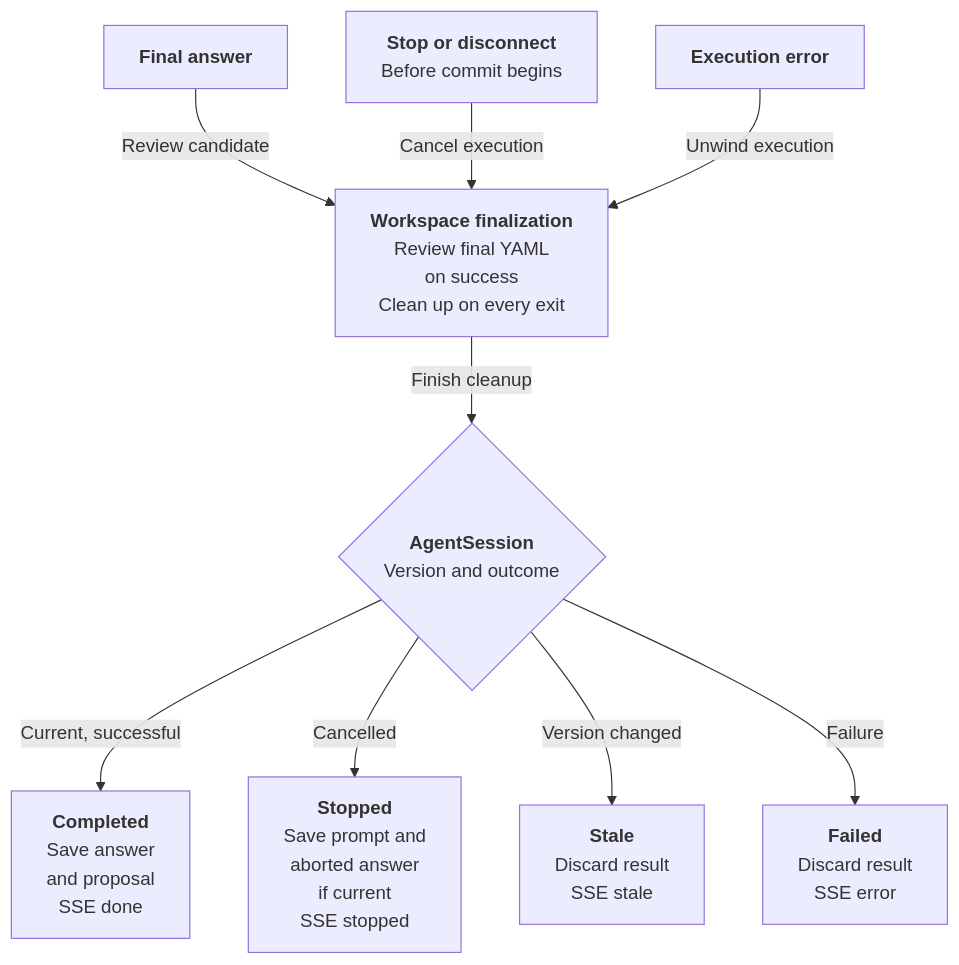
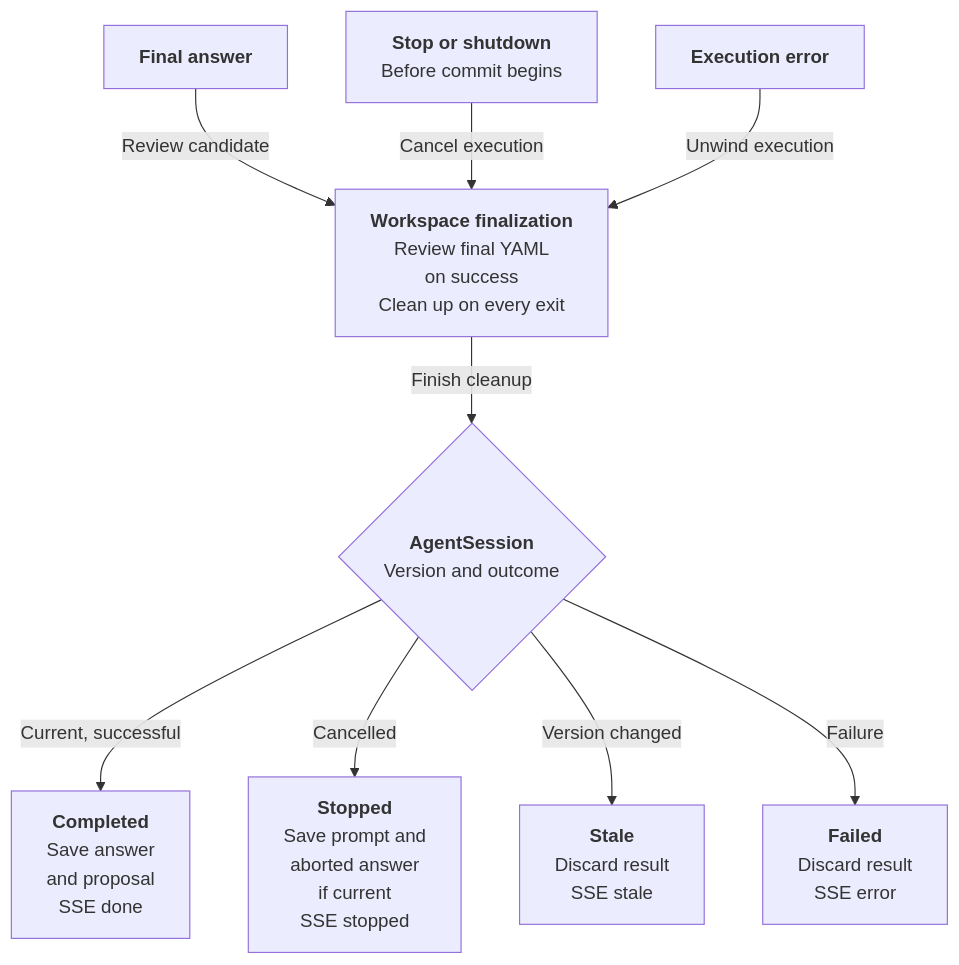
Before and after one commit to j3soon/nurse-scheduling: the sixth of 15 diagrams in docs/content/developer-guide/ai-assistant.md, drawn with Mermaid. The commit also changed other lines of this file and 16 other files, not shown here.

````diff
--- a/docs/content/developer-guide/ai-assistant.md
+++ b/docs/content/developer-guide/ai-assistant.md
@@ -226,22 +224,22 @@
 ```mermaid
 flowchart TB
     Answer[<b>Final answer</b>]
-    Stop[<b>Stop or disconnect</b><br/>Before commit begins]
+    Stop[<b>Stop or shutdown</b><br/>Before commit begins]
     Failure[<b>Execution error</b>]
     Cleanup[<b>Workspace finalization</b><br/>Review final YAML<br/>on success<br/>Clean up on every exit]
     Check{<b>AgentSession</b><br/>Version and outcome}
     Done[<b>Completed</b><br/>Save answer<br/>and proposal<br/>SSE done]
     Stopped[<b>Stopped</b><br/>Save prompt and<br/>aborted answer<br/>if current<br/>SSE stopped]
     Stale[<b>Stale</b><br/>Discard result<br/>SSE stale]
     Error[<b>Failed</b><br/>Discard result<br/>SSE error]
 
     Answer -->|Review candidate| Cleanup
     Stop -->|Cancel execution| Cleanup
     Failure -->|Unwind execution| Cleanup
     Cleanup -->|Finish cleanup| Check
     Check -->|Current, successful| Done
     Check -->|Cancelled| Stopped
     Check -->|Version changed| Stale
     Check -->|Failure| Error
 
 ```
````
